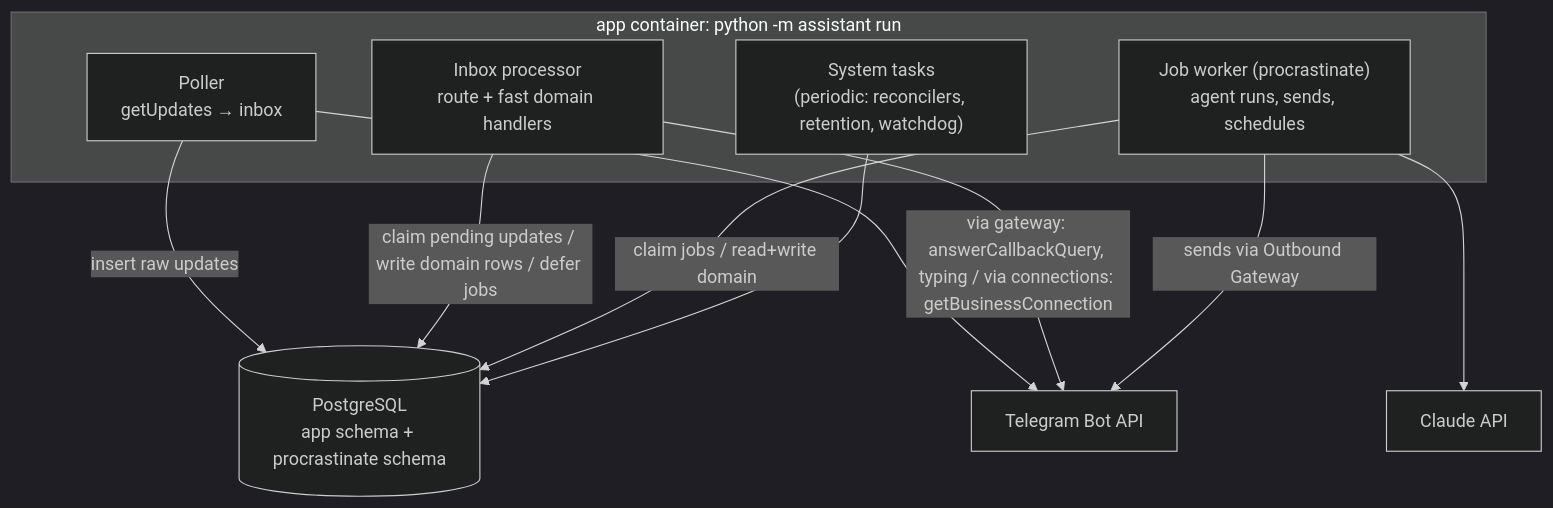
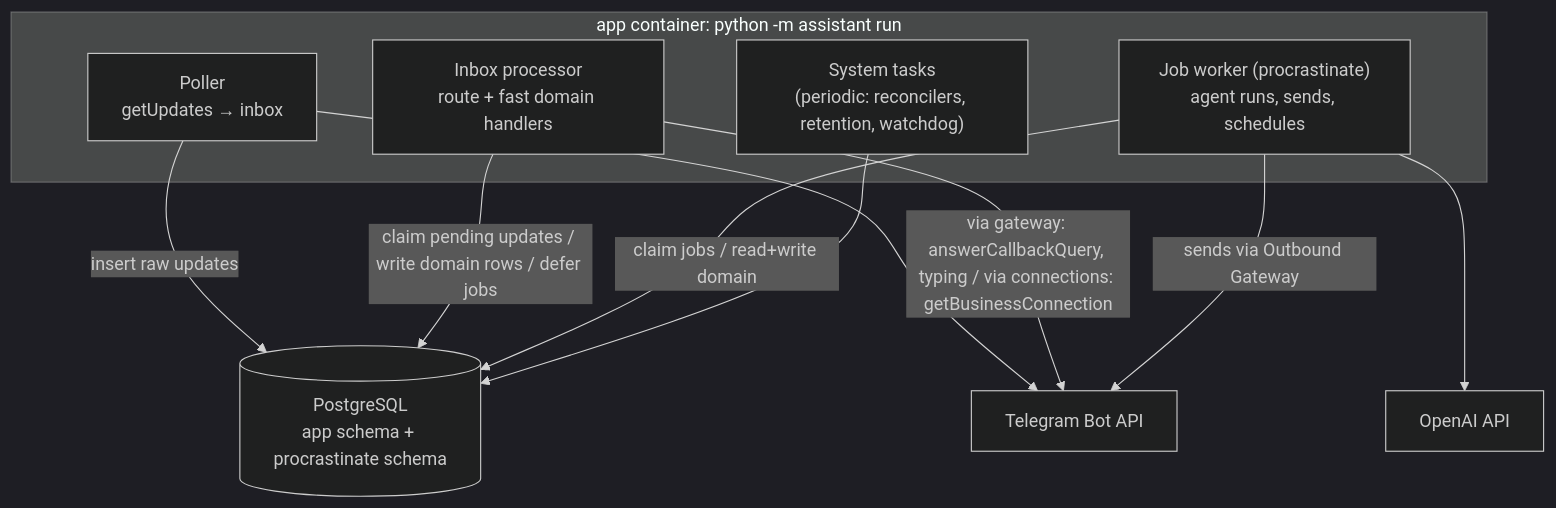
One commit to Khumoyun1307/personal-ai-assistant changed the second of 7 diagrams in docs/ARCHITECTURE.md. Above: the diagram before and after it, drawn with Mermaid (dark theme). The commit also changed other lines of this file and 14 other files, not shown here.

First line of the commit message:
feat: switch LLM provider to OpenAI gpt-6-luna (ADR-07a)

````diff
--- a/docs/ARCHITECTURE.md
+++ b/docs/ARCHITECTURE.md
@@ -100,20 +100,20 @@
 ```mermaid
 flowchart TB
     subgraph app["app container: python -m assistant run"]
         P["Poller<br/>getUpdates → inbox"]
         IP["Inbox processor<br/>route + fast domain handlers"]
         W["Job worker (procrastinate)<br/>agent runs, sends, schedules"]
         S["System tasks<br/>(periodic: reconcilers, retention, watchdog)"]
     end
     DB[("PostgreSQL<br/>app schema + procrastinate schema")]
     TG["Telegram Bot API"]
-    LLM["Claude API"]
+    LLM["OpenAI API"]
     P -->|insert raw updates| DB
     IP -->|claim pending updates / write domain rows / defer jobs| DB
     W -->|claim jobs / read+write domain| DB
     S --> DB
     P --> TG
     IP -->|via gateway: answerCallbackQuery, typing / via connections: getBusinessConnection| TG
     W -->|sends via Outbound Gateway| TG
     W --> LLM
 ```
````
